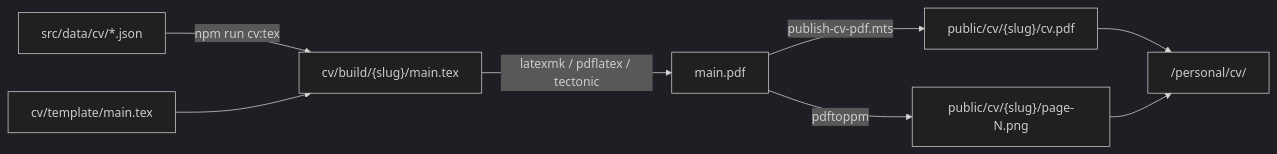
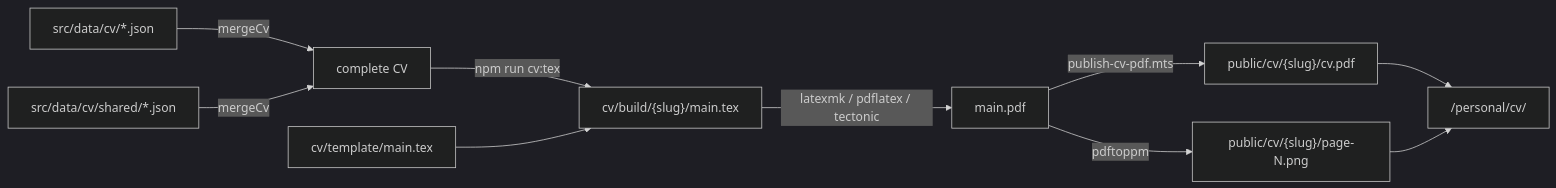
One commit to DAMHONGDUC/personal-work-space changed the diagram in docs/guides/cv.md. Above: the diagram before and after it, drawn with Mermaid (dark theme). The commit also changed other lines of this file and 16 other files, not shown here.

````diff
--- a/docs/guides/cv.md
+++ b/docs/guides/cv.md
@@ -19,10 +20,12 @@
 ```mermaid
 flowchart LR
-  JSON["src/data/cv/*.json"] -->|npm run cv:tex| TEX["cv/build/{slug}/main.tex"]
+  JSON["src/data/cv/*.json"] -->|mergeCv| CV["complete CV"]
+  SHARED["src/data/cv/shared/*.json"] -->|mergeCv| CV
+  CV -->|npm run cv:tex| TEX["cv/build/{slug}/main.tex"]
   TPL["cv/template/main.tex"] --> TEX
   TEX -->|latexmk / pdflatex / tectonic| PDF["main.pdf"]
   PDF -->|publish-cv-pdf.mts| PUB["public/cv/{slug}/cv.pdf"]
   PDF -->|pdftoppm| IMG["public/cv/{slug}/page-N.png"]
   PUB --> PAGE["/personal/cv/"]
   IMG --> PAGE
 ```
````
